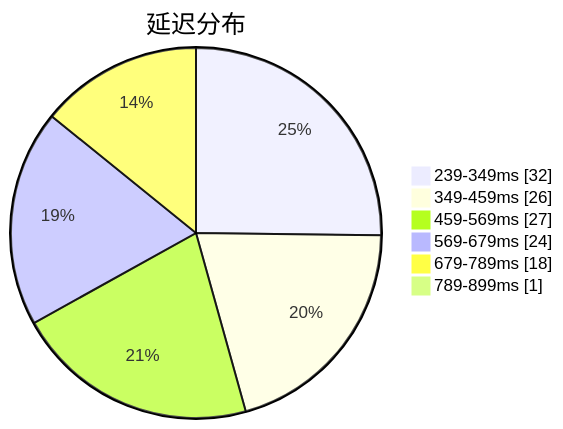
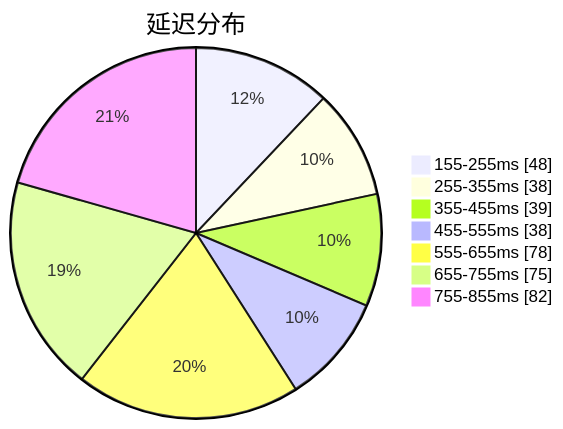
Before and after one commit to qjlxg/airport: the first of 3 diagrams in subs/statistics/tested_within.md, drawn with Mermaid. The commit also changed other lines of this file and 2 other files, not shown here.

````diff
--- a/subs/statistics/tested_within.md
+++ b/subs/statistics/tested_within.md
@@ -2,10 +2,11 @@
 ```mermaid
 pie showData
 title 延迟分布
-"239-349ms" : 32
-"349-459ms" : 26
-"459-569ms" : 27
-"569-679ms" : 24
-"679-789ms" : 18
-"789-899ms" : 1
+"155-255ms" : 48
+"255-355ms" : 38
+"355-455ms" : 39
+"455-555ms" : 38
+"555-655ms" : 78
+"655-755ms" : 75
+"755-855ms" : 82
 ```
````
